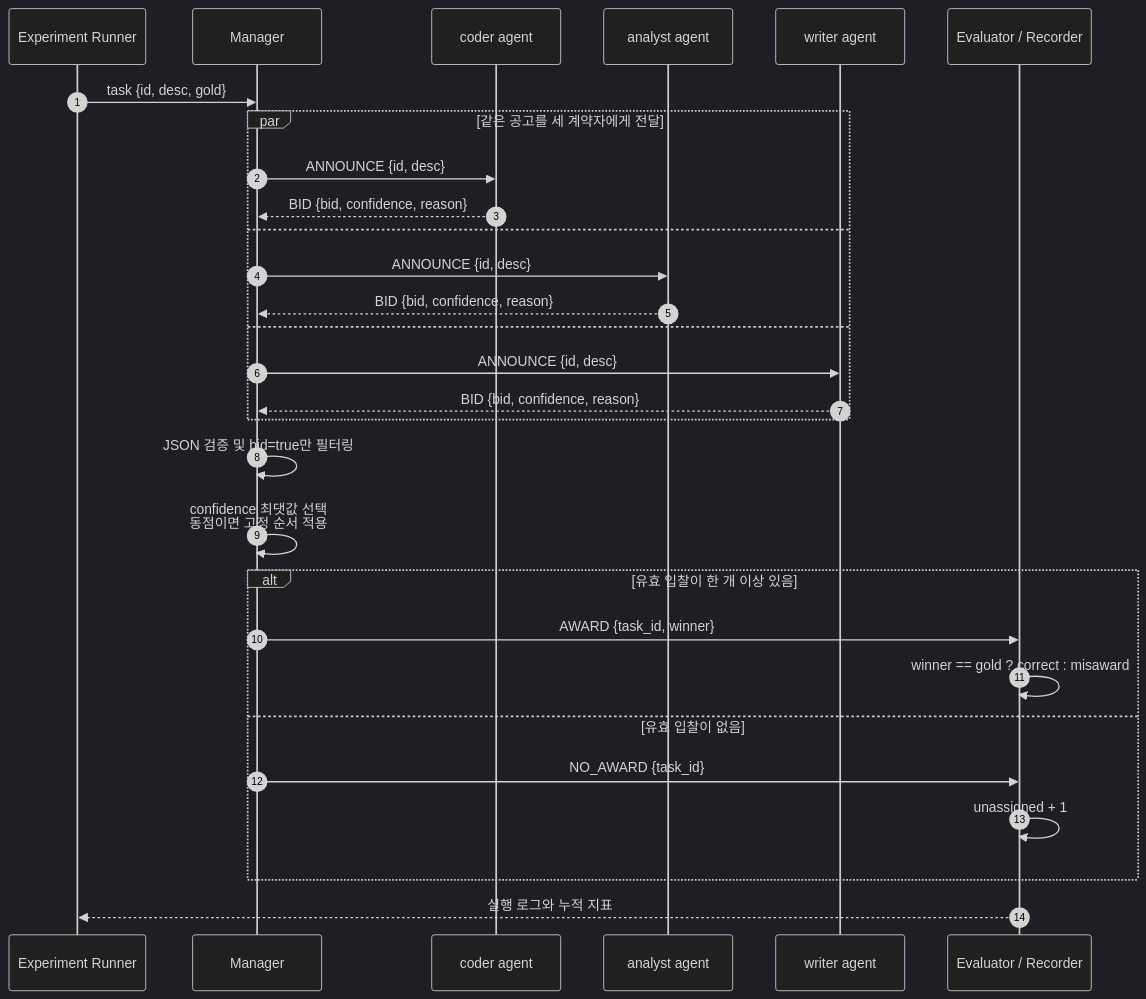
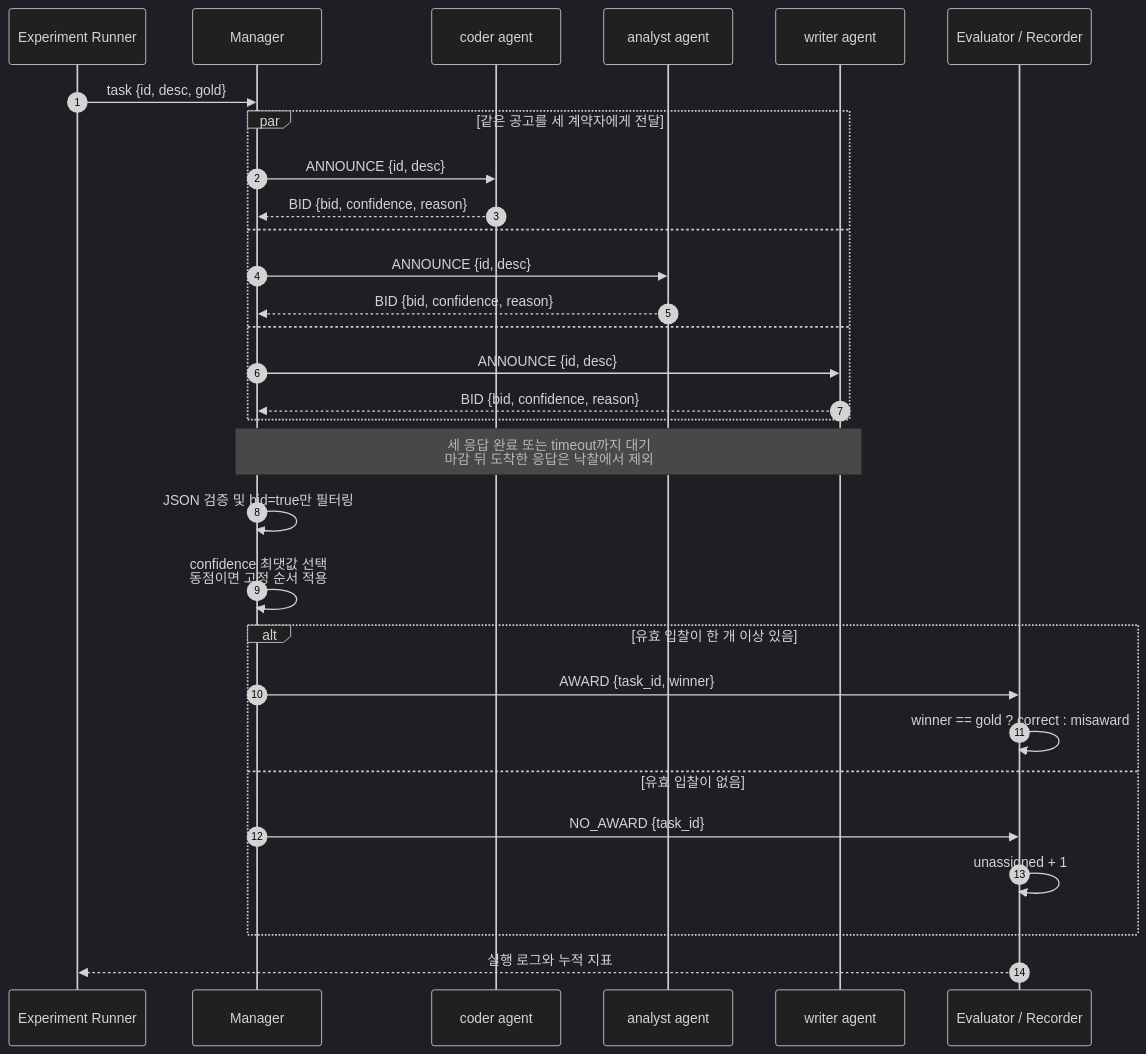
One commit to Q00/ai-agent-engineering-101 changed the first of 2 diagrams in submissions/26512071/week-03/ARCHITECTURE.md. Above: the diagram before and after it, drawn with Mermaid (dark theme). The commit also changed other lines of this file, not shown here.

````diff
--- a/submissions/26512071/week-03/ARCHITECTURE.md
+++ b/submissions/26512071/week-03/ARCHITECTURE.md
@@ -9,35 +9,36 @@
 ```mermaid
 sequenceDiagram
     autonumber
     participant R as Experiment Runner
     participant M as Manager
     participant C as coder agent
     participant A as analyst agent
     participant W as writer agent
     participant E as Evaluator / Recorder
 
     R->>M: task {id, desc, gold}
     par 같은 공고를 세 계약자에게 전달
         M->>C: ANNOUNCE {id, desc}
         C-->>M: BID {bid, confidence, reason}
     and
         M->>A: ANNOUNCE {id, desc}
         A-->>M: BID {bid, confidence, reason}
     and
         M->>W: ANNOUNCE {id, desc}
         W-->>M: BID {bid, confidence, reason}
     end
 
+    Note over M,W: 세 응답 완료 또는 timeout까지 대기<br/>마감 뒤 도착한 응답은 낙찰에서 제외
     M->>M: JSON 검증 및 bid=true만 필터링
     M->>M: confidence 최댓값 선택<br/>동점이면 고정 순서 적용
 
     alt 유효 입찰이 한 개 이상 있음
         M->>E: AWARD {task_id, winner}
         E->>E: winner == gold ? correct : misaward
     else 유효 입찰이 없음
         M->>E: NO_AWARD {task_id}
         E->>E: unassigned + 1
     end
 
     E-->>R: 실행 로그와 누적 지표
 ```
````
